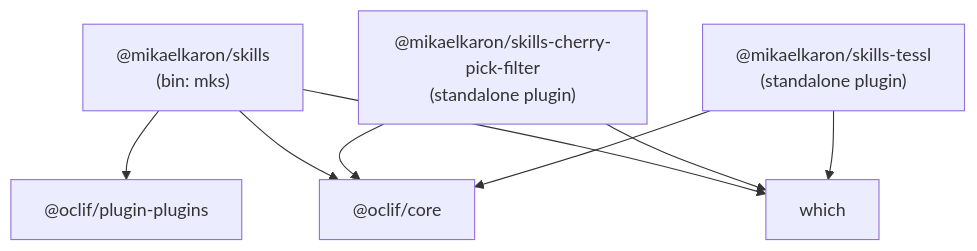
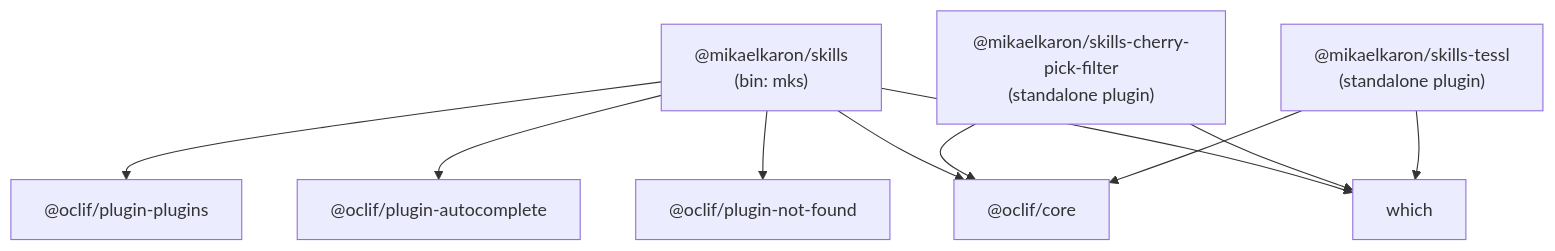
One commit to mikaelkaron/skills changed the first of 3 diagrams in docs/ARCHITECTURE.md. Above: the diagram before and after it, drawn with Mermaid. The commit also changed other lines of this file and 4 other files, not shown here.

````diff
--- a/docs/ARCHITECTURE.md
+++ b/docs/ARCHITECTURE.md
@@ -88,17 +88,21 @@
 ```mermaid
 graph TD
   root["@mikaelkaron/skills\n(bin: mks)"]
   pp["@oclif/plugin-plugins"]
+  pac["@oclif/plugin-autocomplete"]
+  pnf["@oclif/plugin-not-found"]
   core["@oclif/core"]
   which["which"]
   cpf["@mikaelkaron/skills-cherry-pick-filter\n(standalone plugin)"]
   tessl_pkg["@mikaelkaron/skills-tessl\n(standalone plugin)"]
 
   root --> pp
+  root --> pac
+  root --> pnf
   root --> core
   root --> which
   cpf --> core
   cpf --> which
   tessl_pkg --> core
   tessl_pkg --> which
 ```
````
